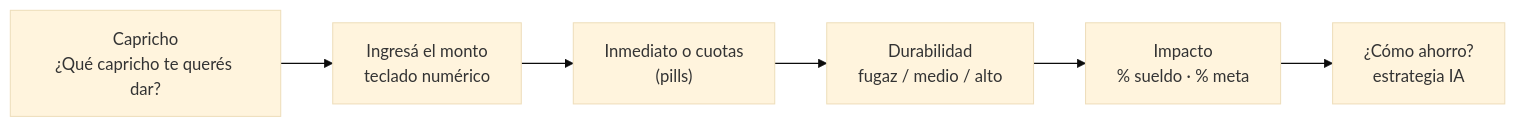
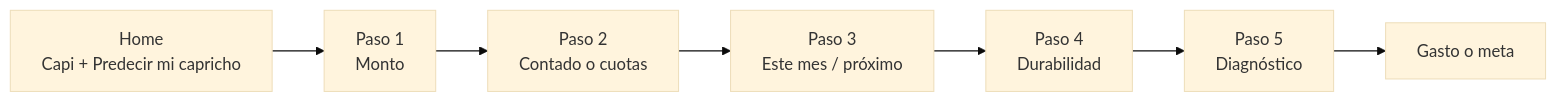
One commit to Gaburiiru/capricho changed the second of 6 diagrams in README.md. Above: the diagram before and after it, drawn with Mermaid (base theme). The commit also changed other lines of this file and 15 other files, not shown here.

````diff
--- a/README.md
+++ b/README.md
@@ -132,8 +246,9 @@
 ```mermaid
 flowchart LR
-    S1["Capricho<br/>¿Qué capricho te querés dar?"] --> S2["Ingresá el monto<br/>teclado numérico"]
-    S2 --> S3["Inmediato o cuotas<br/>(pills)"]
-    S3 --> S4["Durabilidad<br/>fugaz / medio / alto"]
-    S4 --> S5["Impacto<br/>% sueldo · % meta"]
-    S5 --> S6["¿Cómo ahorro?<br/>estrategia IA"]
+    S1["Home<br/>Capi + Predecir mi capricho"] --> S2["Paso 1<br/>Monto"]
+    S2 --> S3["Paso 2<br/>Contado o cuotas"]
+    S3 --> S4["Paso 3<br/>Este mes / próximo"]
+    S4 --> S5["Paso 4<br/>Durabilidad"]
+    S5 --> S6["Paso 5<br/>Diagnóstico"]
+    S6 --> S7["Gasto o meta"]
 ```
````
